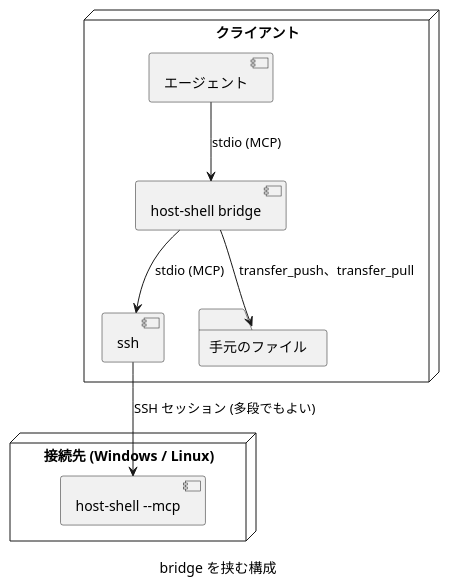
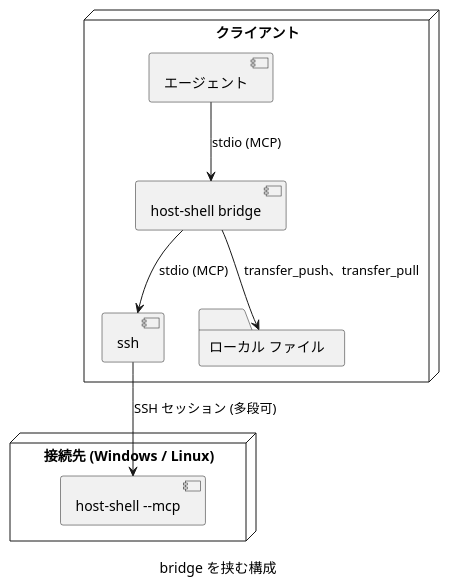
The second of 2 diagrams in docs/user-guide.md (Hondarer/host-shell-mcp), drawn with PlantUML before and after one commit. The commit also changed other lines of this file and 83 other files, not shown here.

````diff
--- a/docs/user-guide.md
+++ b/docs/user-guide.md
@@ -59,18 +54,18 @@
 ```plantuml
 @startuml bridge を挟む構成
     caption bridge を挟む構成
     node "クライアント" {
         component "エージェント" as agent
         component "host-shell bridge" as bridge
         component "ssh" as ssh0
-        folder "手元のファイル" as local
+        folder "ローカル ファイル" as local
     }
     node "接続先 (Windows / Linux)" {
         component "host-shell --mcp" as hs
     }
     agent --> bridge : stdio (MCP)
     bridge --> ssh0 : stdio (MCP)
-    ssh0 --> hs : SSH セッション (多段でもよい)
+    ssh0 --> hs : SSH セッション (多段可)
     bridge --> local : transfer_push、transfer_pull
 @enduml
 ```
````
